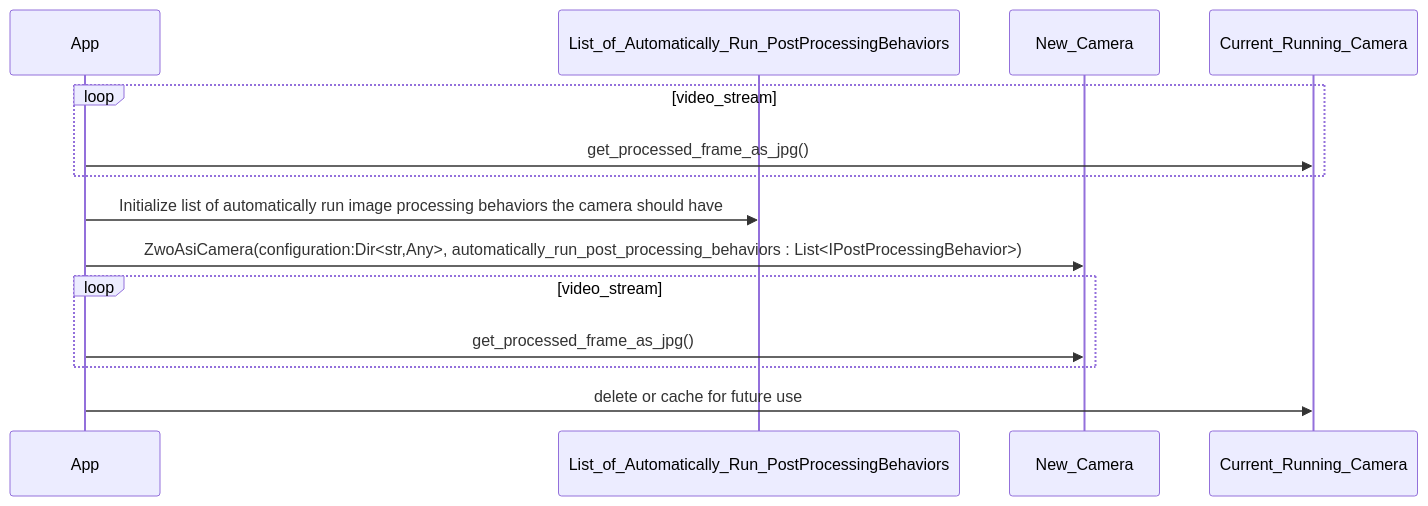
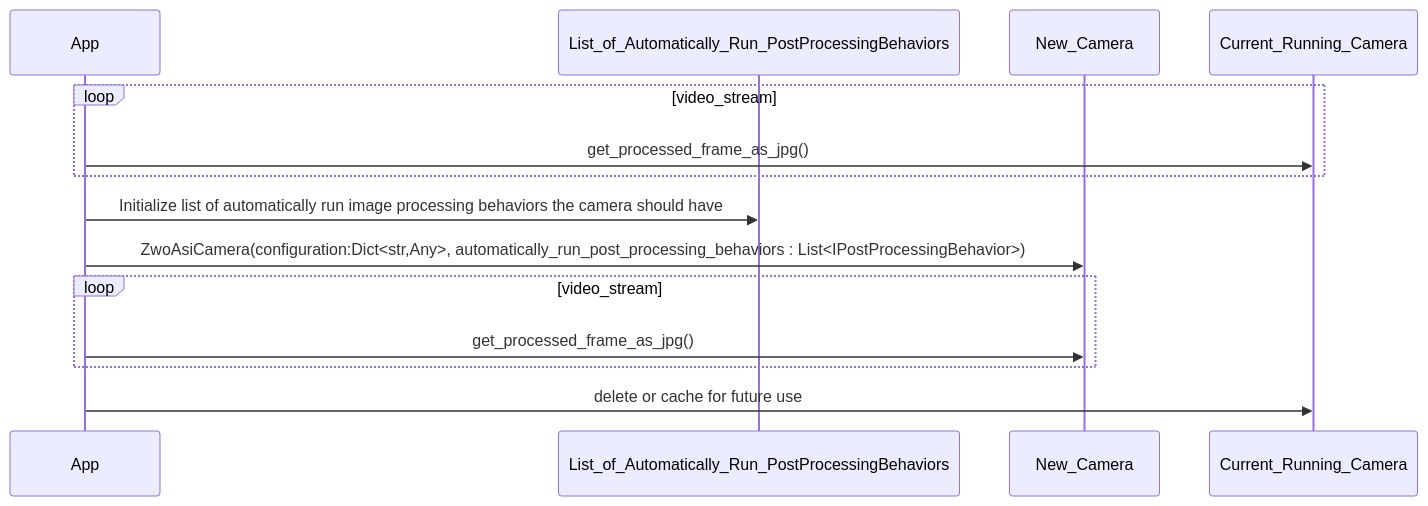
The fourth of 5 diagrams in application/asi-camera-design.md (mgrandau/telescope-control), drawn with Mermaid before and after one commit. The commit also changed other lines of this file and 2 other files, not shown here.

Commit message:
Update desigm - Code camera class

````diff
--- a/application/asi-camera-design.md
+++ b/application/asi-camera-design.md
@@ -148,20 +146,20 @@
 ```mermaid
 sequenceDiagram
   participant App
   participant List_of_Automatically_Run_PostProcessingBehaviors
   participant New_Camera
   participant Current_Running_Camera
 
   loop video_stream
     App->>Current_Running_Camera:get_processed_frame_as_jpg()
   end
 
   App->>List_of_Automatically_Run_PostProcessingBehaviors: Initialize list of automatically run image processing behaviors the camera should have
-  App->>New_Camera: ZwoAsiCamera(configuration:Dir<str,Any>, automatically_run_post_processing_behaviors : List<IPostProcessingBehavior>)
+  App->>New_Camera: ZwoAsiCamera(configuration:Dict<str,Any>, automatically_run_post_processing_behaviors : List<IPostProcessingBehavior>)
 
   loop video_stream
     App->>New_Camera: get_processed_frame_as_jpg()
   end
 
   App->>Current_Running_Camera: delete or cache for future use
 ```
````
